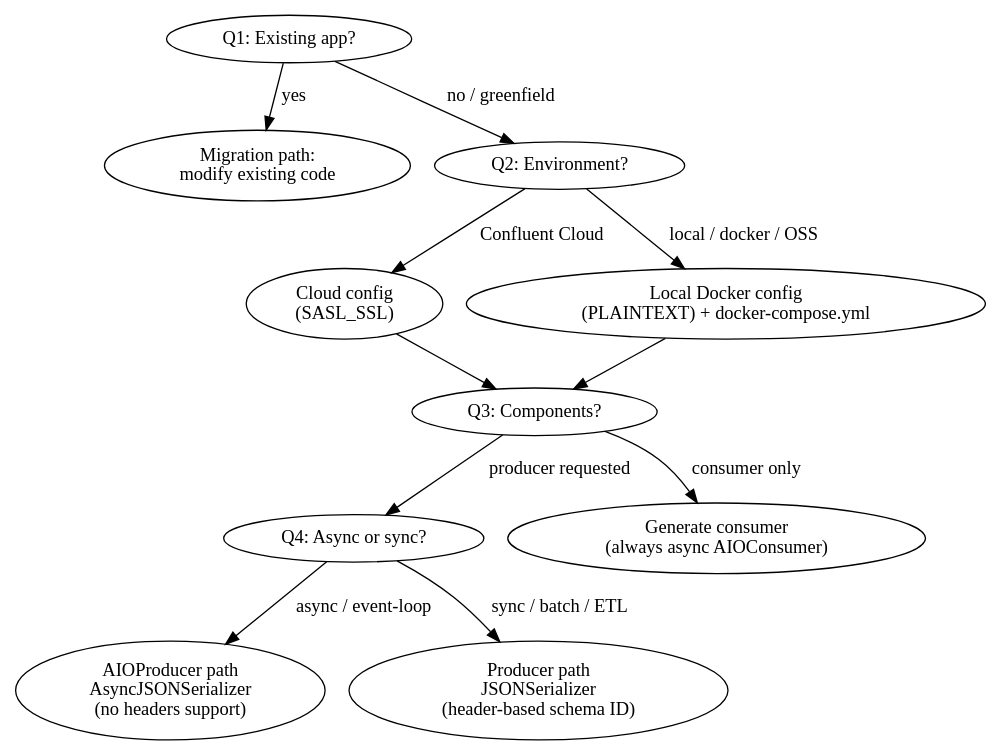
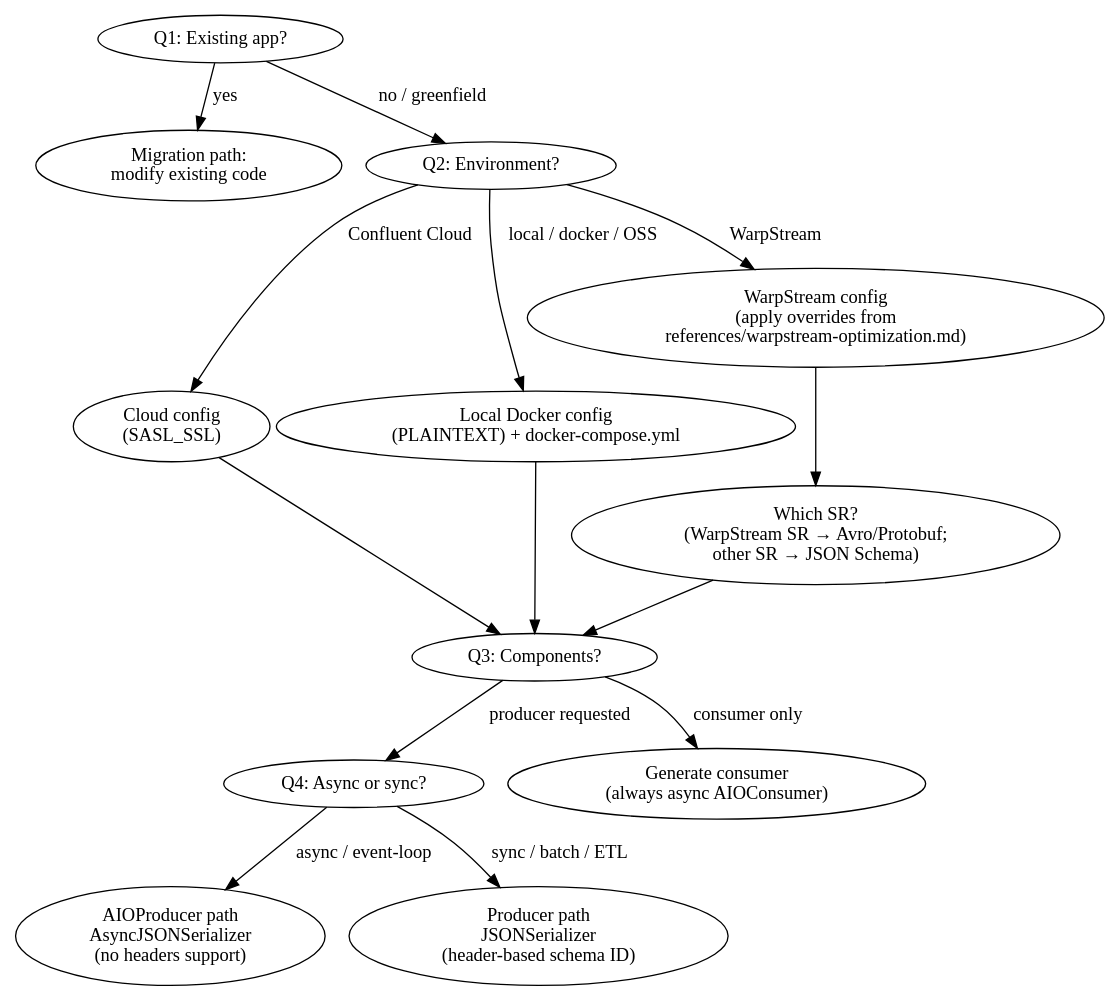
The diagram in skills/developing-kafka-python-client/SKILL.md (confluentinc/agent-skills), drawn with Graphviz before and after one commit. The commit also changed other lines of this file and 13 other files, not shown here.

First line of the commit message:
Add a WarpStream shared config reference, and update Skills to reference WarpStream-specific configurations (#27)

````diff
--- a/skills/developing-kafka-python-client/SKILL.md
+++ b/skills/developing-kafka-python-client/SKILL.md
@@ -85,14 +89,17 @@
 ```dot
 digraph decisions {
   "Q1: Existing app?" -> "Migration path:\nmodify existing code" [label="yes"];
   "Q1: Existing app?" -> "Q2: Environment?" [label="no / greenfield"];
   "Q2: Environment?" -> "Cloud config\n(SASL_SSL)" [label="Confluent Cloud"];
   "Q2: Environment?" -> "Local Docker config\n(PLAINTEXT) + docker-compose.yml" [label="local / docker / OSS"];
+  "Q2: Environment?" -> "WarpStream config\n(apply overrides from\nreferences/warpstream-optimization.md)" [label="WarpStream"];
   "Cloud config\n(SASL_SSL)" -> "Q3: Components?";
   "Local Docker config\n(PLAINTEXT) + docker-compose.yml" -> "Q3: Components?";
+  "WarpStream config\n(apply overrides from\nreferences/warpstream-optimization.md)" -> "Which SR?\n(WarpStream SR → Avro/Protobuf;\nother SR → JSON Schema)";
+  "Which SR?\n(WarpStream SR → Avro/Protobuf;\nother SR → JSON Schema)" -> "Q3: Components?";
   "Q3: Components?" -> "Q4: Async or sync?" [label="producer requested"];
   "Q3: Components?" -> "Generate consumer\n(always async AIOConsumer)" [label="consumer only"];
   "Q4: Async or sync?" -> "AIOProducer path\nAsyncJSONSerializer\n(no headers support)" [label="async / event-loop"];
   "Q4: Async or sync?" -> "Producer path\nJSONSerializer\n(header-based schema ID)" [label="sync / batch / ETL"];
 }
 ```
````
